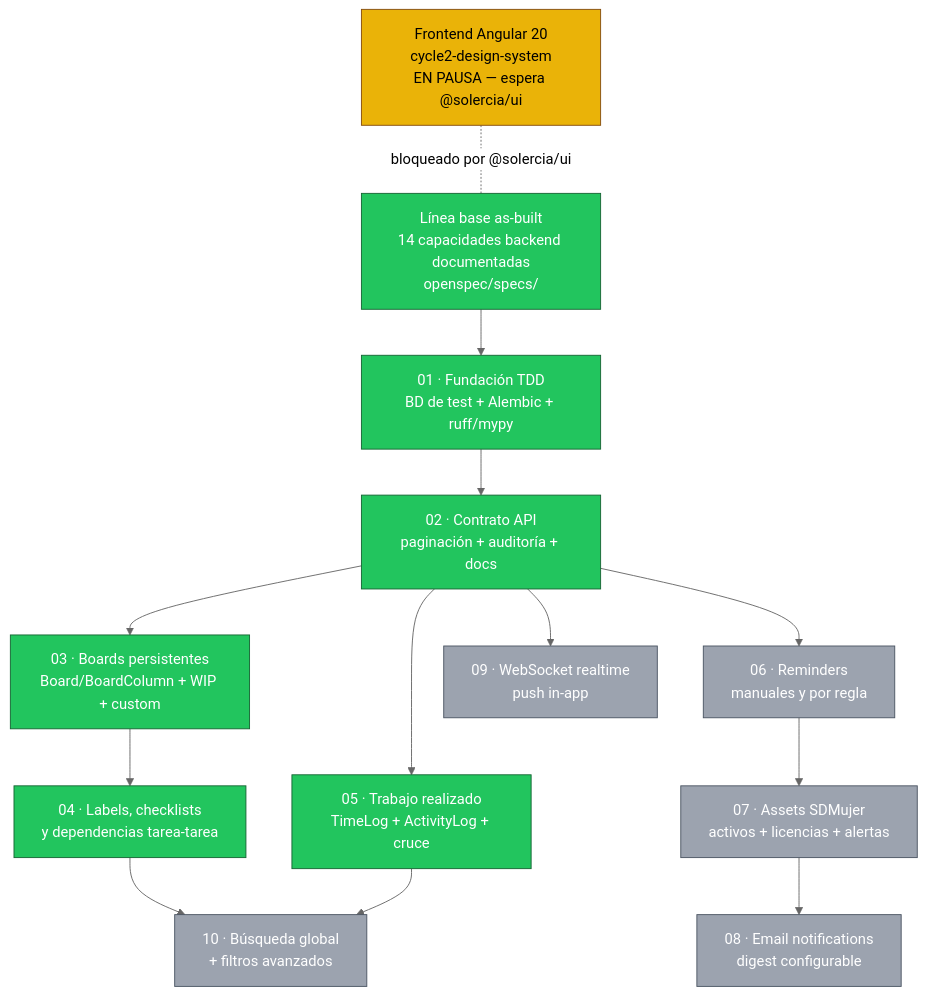
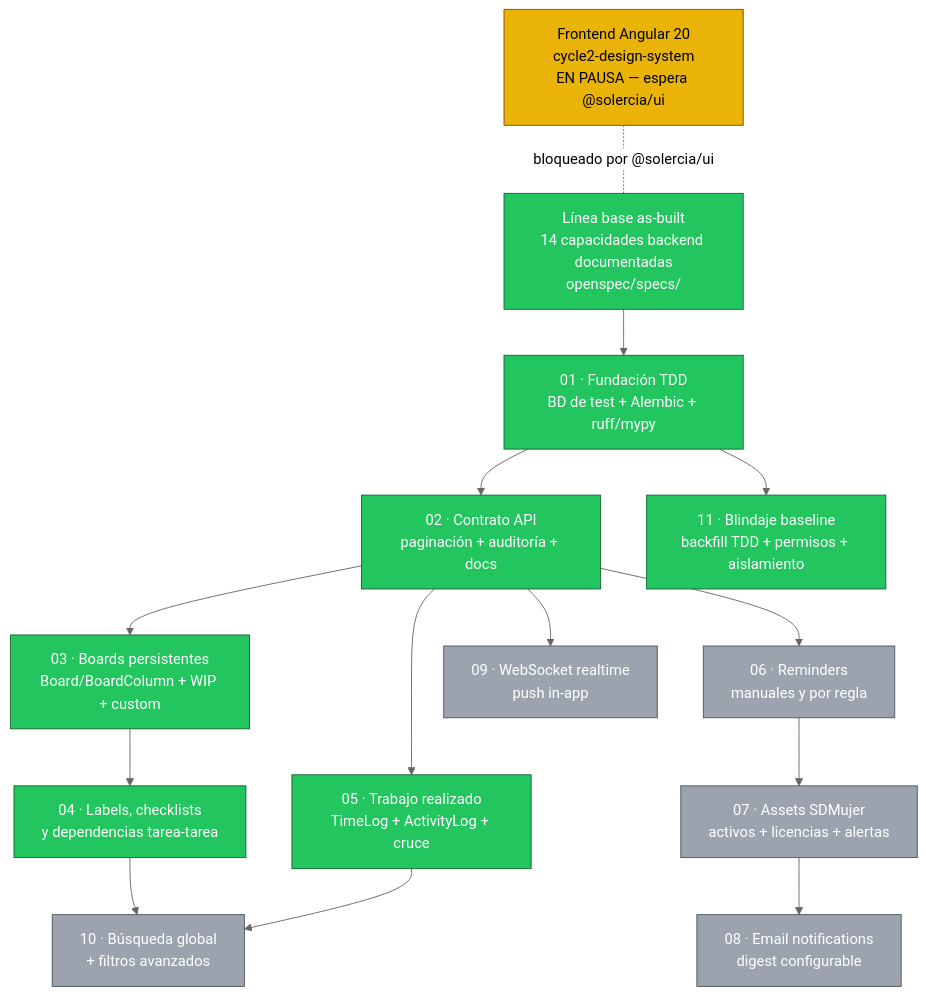
The diagram in openspec/AVANCE.md (solercia-solutions/solercia-command), drawn with Mermaid (neutral theme) before and after one commit. The commit also changed other lines of this file and 9 other files, not shown here.

Commit message:
docs(sdd): archivar 11-blindaje-baseline — blindaje TDD de la línea base completo (382 tests, judgment-day cerrado)

````diff
--- a/openspec/AVANCE.md
+++ b/openspec/AVANCE.md
@@ -9,41 +9,44 @@
 ```mermaid
 flowchart TD
     B0["Línea base as-built<br/>14 capacidades backend documentadas<br/>openspec/specs/"]
 
     C01["01 · Fundación TDD<br/>BD de test + Alembic + ruff/mypy"]
     C02["02 · Contrato API<br/>paginación + auditoría + docs"]
     C03["03 · Boards persistentes<br/>Board/BoardColumn + WIP + custom"]
     C04["04 · Labels, checklists<br/>y dependencias tarea-tarea"]
     C05["05 · Trabajo realizado<br/>TimeLog + ActivityLog + cruce"]
+    C11["11 · Blindaje baseline<br/>backfill TDD + permisos + aislamiento"]
     C06["06 · Reminders<br/>manuales y por regla"]
     C07["07 · Assets SDMujer<br/>activos + licencias + alertas"]
     C08["08 · Email notifications<br/>digest configurable"]
     C09["09 · WebSocket realtime<br/>push in-app"]
     C10["10 · Búsqueda global<br/>+ filtros avanzados"]
 
     FE["Frontend Angular 20<br/>cycle2-design-system<br/>EN PAUSA — espera @solercia/ui"]
 
     B0 --> C01
     C01 --> C02
+    C01 --> C11
     C02 --> C03 --> C04
     C02 --> C05
     C02 --> C06 --> C07 --> C08
     C02 --> C09
     C04 --> C10
     C05 --> C10
 
     FE -.bloqueado por @solercia/ui.- B0
 
     class B0 done
     class C01 done
     class C02 done
     class C03 done
     class C04 done
     class C05 done
+    class C11 done
     class FE inprogress
     class C06,C07,C08,C09,C10 pending
 
     classDef done fill:#22c55e,stroke:#166534,color:#ffffff
     classDef inprogress fill:#eab308,stroke:#854d0e,color:#000000
     classDef pending fill:#9ca3af,stroke:#4b5563,color:#ffffff
 ```
````
